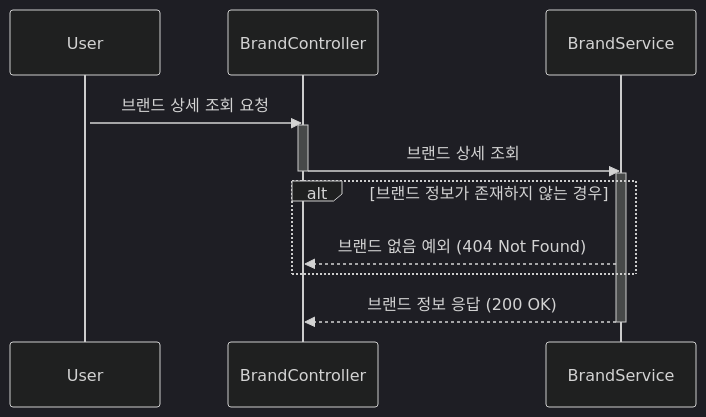
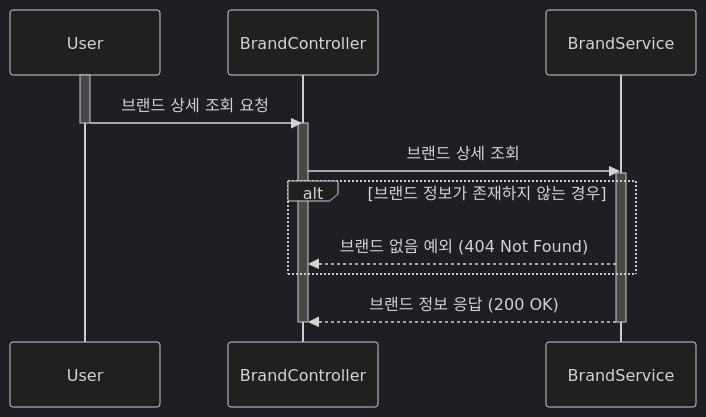
Before and after one commit to kiekk/gamsung-commerce: the second of 3 diagrams in docs/design/02-sequence-diagrams/brand.md, drawn with Mermaid (dark theme). The commit also changed other lines of this file and 5 other files, not shown here.

First line of the commit message:
docs: 시퀀스 다이어그램 수정 (2주차 피드백 반영)

````diff
--- a/docs/design/02-sequence-diagrams/brand.md
+++ b/docs/design/02-sequence-diagrams/brand.md
@@ -26,18 +26,19 @@
 ```mermaid
 sequenceDiagram
     participant User
     participant BrandController
     participant BrandService
     activate User
     User ->> BrandController: 브랜드 상세 조회 요청
+    deactivate User
     activate BrandController
     BrandController ->> BrandService: 브랜드 상세 조회
-    deactivate BrandController
     activate BrandService
     alt 브랜드 정보가 존재하지 않는 경우
         BrandService -->> BrandController: 브랜드 없음 예외 (404 Not Found)
     end
     BrandService -->> BrandController: 브랜드 정보 응답 (200 OK)
+    deactivate BrandController
     deactivate BrandService
 
 ```
````
